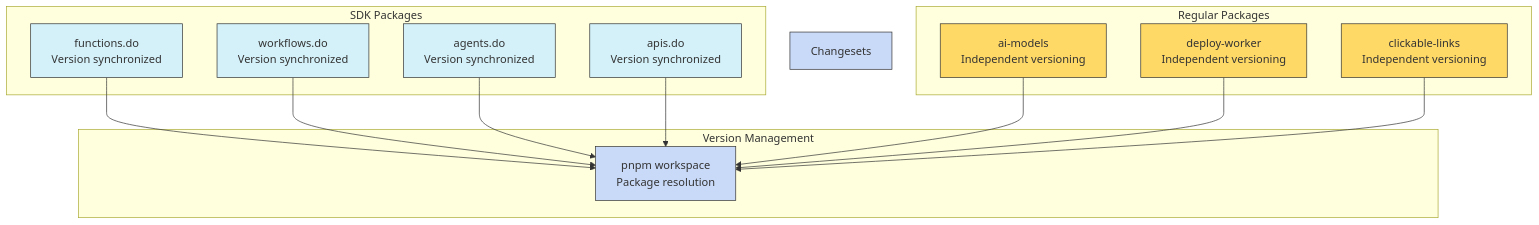
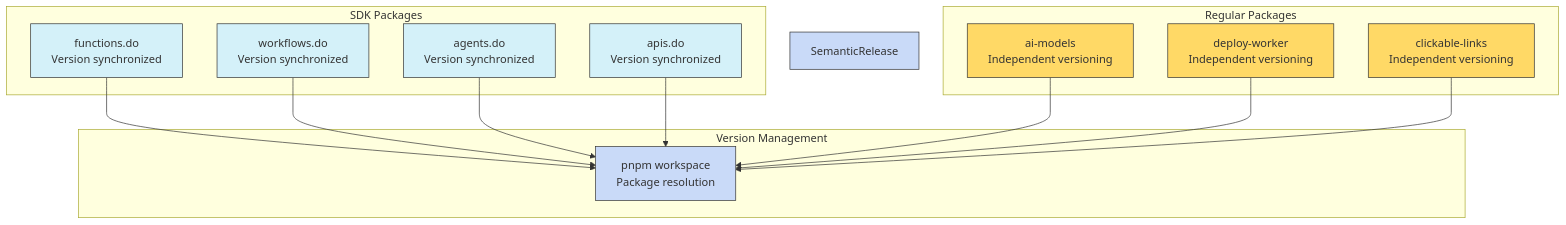
Before and after one commit to drivly/ai: diagram 21 of 21 in docs/ARCHITECTURE.md, drawn with Mermaid. The commit also changed 2 other files, not shown here.

Commit message:
Update versioning references from changesets to semantic-release (ENG-442)

````diff
--- a/docs/ARCHITECTURE.md
+++ b/docs/ARCHITECTURE.md
@@ -864,37 +864,37 @@
 ```mermaid
 graph TD
     subgraph "SDK Packages"
         FunctionsSDK["functions.do<br/>Version synchronized"]
         WorkflowsSDK["workflows.do<br/>Version synchronized"]
         AgentsSDK["agents.do<br/>Version synchronized"]
         APISDK["apis.do<br/>Version synchronized"]
     end
 
     subgraph "Regular Packages"
         AIModels["ai-models<br/>Independent versioning"]
         DeployWorker["deploy-worker<br/>Independent versioning"]
         ClickableLinks["clickable-links<br/>Independent versioning"]
     end
 
     subgraph "Version Management"
         PNPMWorkspace["pnpm workspace<br/>Package resolution"]
     end
 
     FunctionsSDK --> PNPMWorkspace
     WorkflowsSDK --> PNPMWorkspace
     AgentsSDK --> PNPMWorkspace
     APISDK --> PNPMWorkspace
     AIModels --> PNPMWorkspace
     DeployWorker --> PNPMWorkspace
     ClickableLinks --> PNPMWorkspace
 
     style FunctionsSDK fill:#d4f1f9,stroke:#333,stroke-width:1px
     style WorkflowsSDK fill:#d4f1f9,stroke:#333,stroke-width:1px
     style AgentsSDK fill:#d4f1f9,stroke:#333,stroke-width:1px
     style APISDK fill:#d4f1f9,stroke:#333,stroke-width:1px
     style AIModels fill:#ffd966,stroke:#333,stroke-width:1px
     style DeployWorker fill:#ffd966,stroke:#333,stroke-width:1px
     style ClickableLinks fill:#ffd966,stroke:#333,stroke-width:1px
-    style Changesets fill:#c9daf8,stroke:#333,stroke-width:1px
+    style SemanticRelease fill:#c9daf8,stroke:#333,stroke-width:1px
     style PNPMWorkspace fill:#c9daf8,stroke:#333,stroke-width:1px
 ```
````
